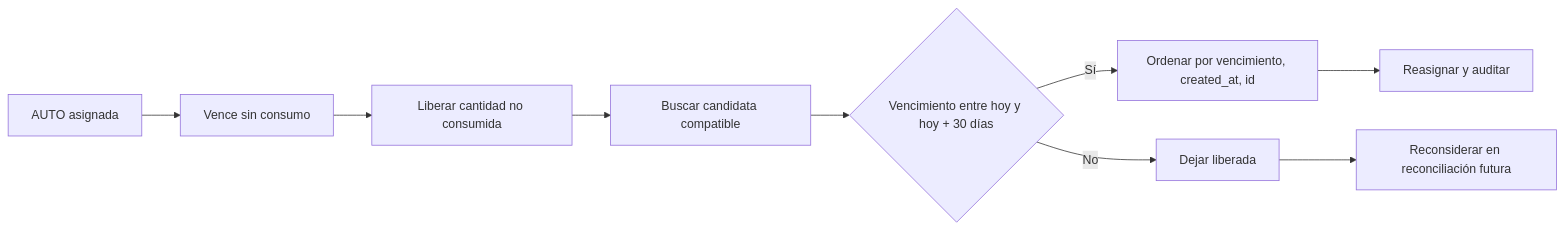
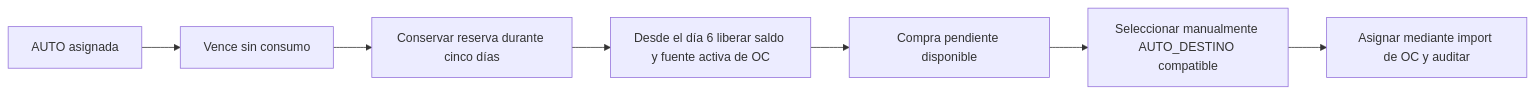
Before and after one commit to andresalvarezb/mtd-olp-medicarte: the second of 3 diagrams in docs/adr/043-authorization-order-receipt-fulfillment-reassignment.md, drawn with Mermaid. The commit also changed other lines of this file and 39 other files, not shown here.

````diff
--- a/docs/adr/043-authorization-order-receipt-fulfillment-reassignment.md
+++ b/docs/adr/043-authorization-order-receipt-fulfillment-reassignment.md
@@ -26,11 +29,9 @@
 ```mermaid
 flowchart LR
    A[AUTO asignada] --> B[Vence sin consumo]
-   B --> C[Liberar cantidad no consumida]
-   C --> D[Buscar candidata compatible]
-   D --> E{Vencimiento entre hoy y hoy + 30 días}
-   E -- Sí --> F[Ordenar por vencimiento, created_at, id]
-   F --> G[Reasignar y auditar]
-   E -- No --> H[Dejar liberada]
-   H --> I[Reconsiderar en reconciliación futura]
+   B --> C[Conservar reserva durante cinco días]
+   C --> D[Desde el día 6 liberar saldo y fuente activa de OC]
+   D --> E[Compra pendiente disponible]
+   E --> F[Seleccionar manualmente AUTO_DESTINO compatible]
+   F --> G[Asignar mediante import de OC y auditar]
 ```
````
